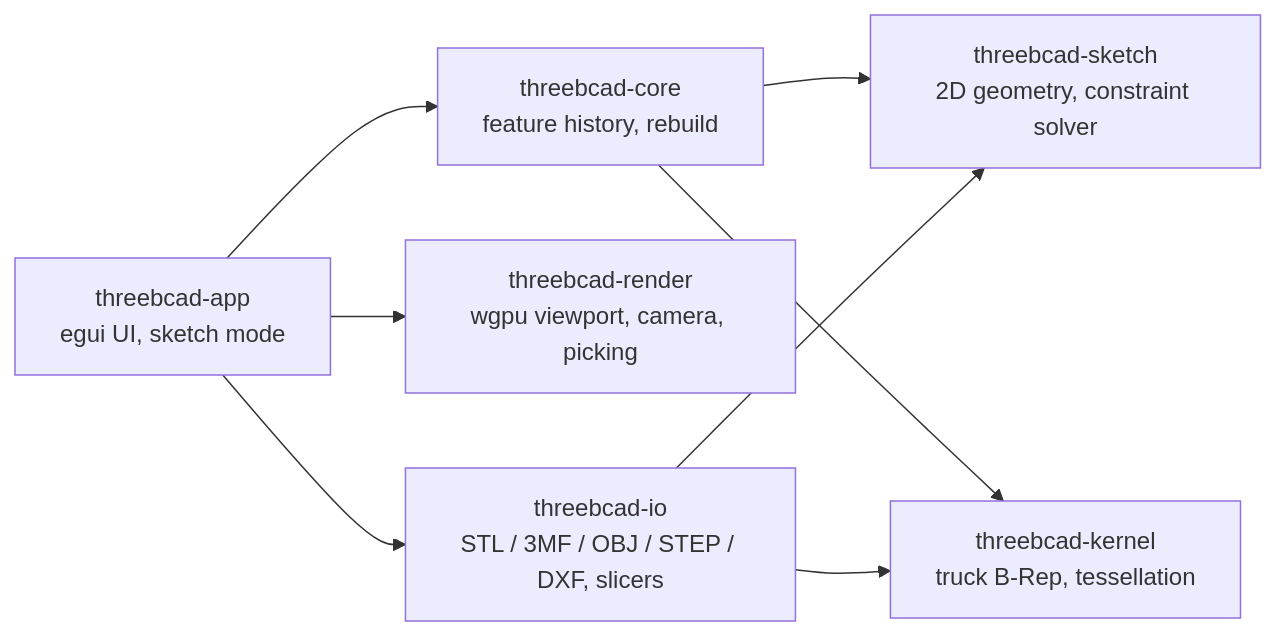
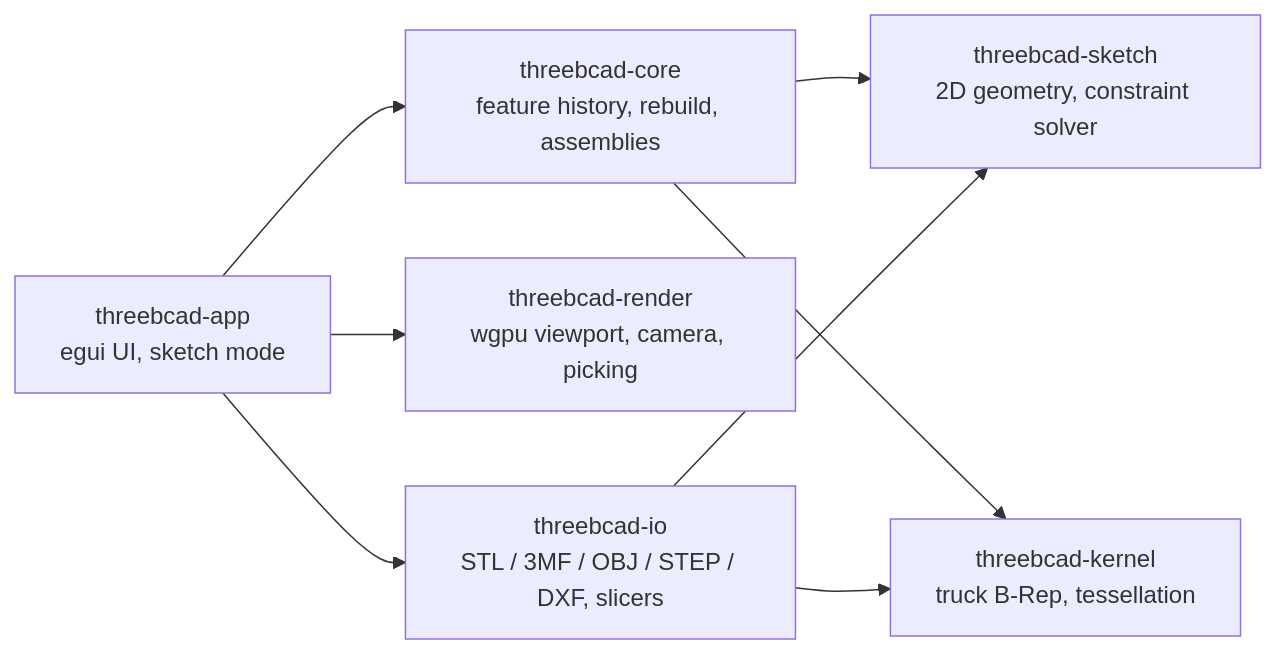
The first of 2 diagrams in docs/architecture.md (Three-Bugs-Studio/3bcad), drawn with Mermaid before and after one commit. The commit also changed other lines of this file and 3 other files, not shown here.

````diff
--- a/docs/architecture.md
+++ b/docs/architecture.md
@@ -6,10 +6,10 @@
 ```mermaid
 flowchart LR
-    app["threebcad-app<br/>egui UI, sketch mode"] --> core["threebcad-core<br/>feature history, rebuild"]
+    app["threebcad-app<br/>egui UI, sketch mode"] --> core["threebcad-core<br/>feature history, rebuild, assemblies"]
     app --> render["threebcad-render<br/>wgpu viewport, camera, picking"]
     app --> io["threebcad-io<br/>STL / 3MF / OBJ / STEP / DXF, slicers"]
     core --> sketch["threebcad-sketch<br/>2D geometry, constraint solver"]
     core --> kernel["threebcad-kernel<br/>truck B-Rep, tessellation"]
     io --> kernel
     io --> sketch
 ```
````
